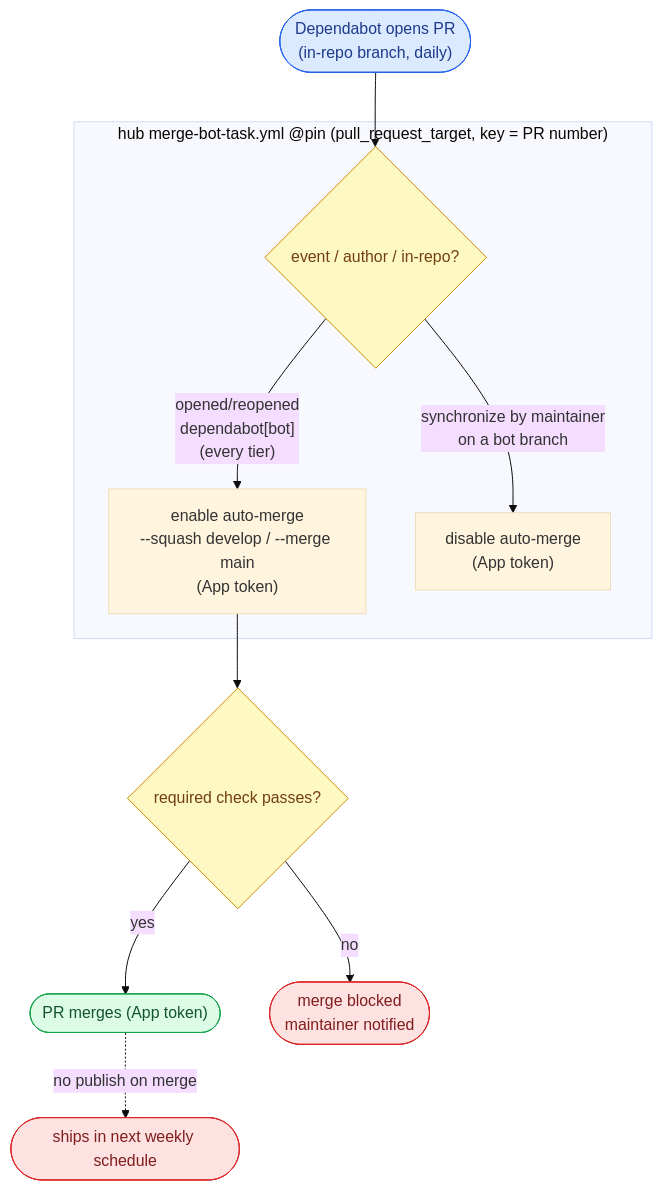
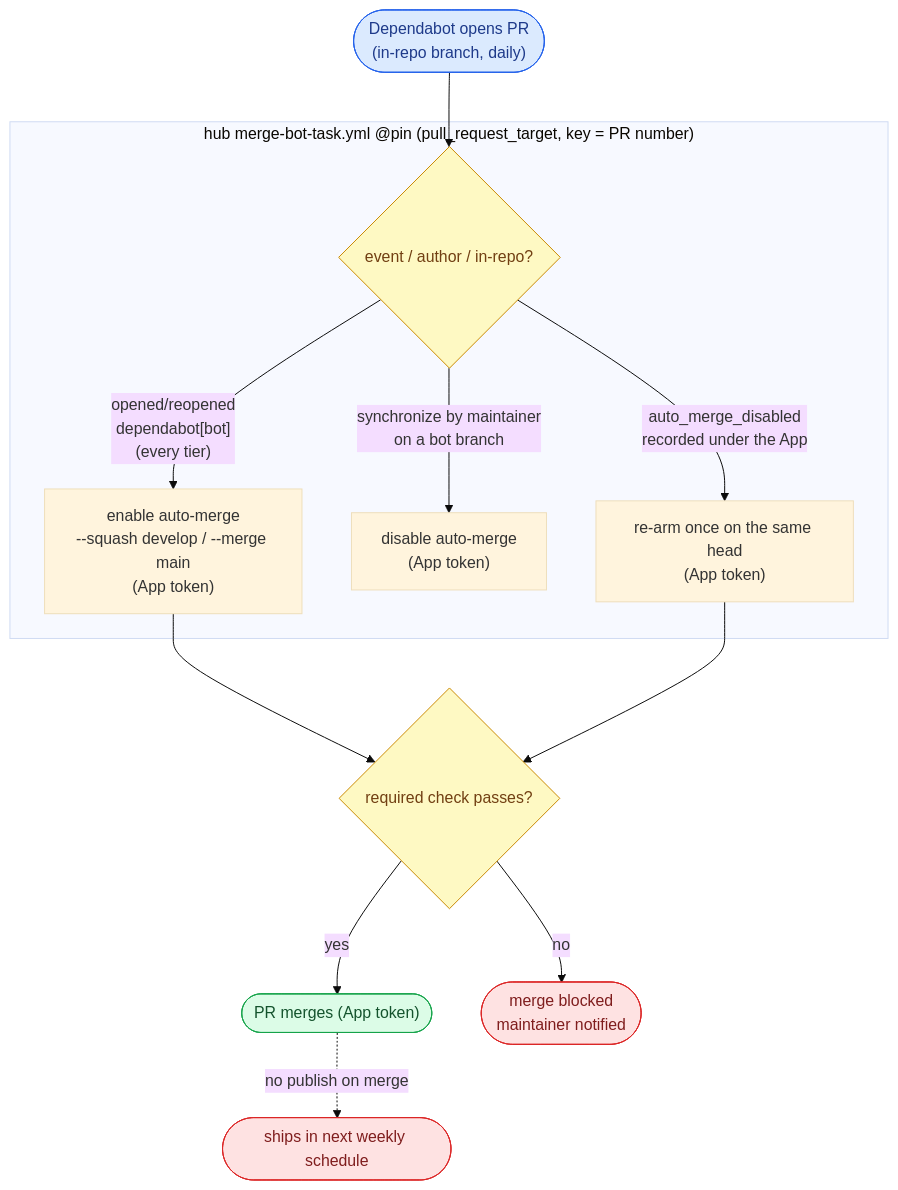
Before and after one commit to ptr727/PlexCleaner: the third of 3 diagrams in WORKFLOW.md, drawn with Mermaid (base theme). The commit also changed other lines of this file and 3 other files, not shown here.

First line of the commit message:
Re-Arm a Disabled Auto-Merge and Stop Persisting Checkout Credentials

````diff
--- a/WORKFLOW.md
+++ b/WORKFLOW.md
@@ -304,17 +307,19 @@
 ```mermaid
 flowchart TD
     DEP(["Dependabot opens PR<br/>(in-repo branch, daily)"]):::trig --> MB
     subgraph MBT ["hub merge-bot-task.yml @pin (pull_request_target, key = PR number)"]
         MB{"event / author / in-repo?"}:::gate
         MB -- "opened/reopened<br/>dependabot[bot]<br/>(every tier)" --> EN["enable auto-merge<br/>--squash develop / --merge main<br/>(App token)"]
         MB -- "synchronize by maintainer<br/>on a bot branch" --> DIS["disable auto-merge<br/>(App token)"]
+        MB -- "auto_merge_disabled<br/>recorded under the App" --> RE["re-arm once on the same head<br/>(App token)"]
     end
     EN --> CK{"required check passes?"}:::gate
+    RE --> CK
     CK -- "yes" --> MRG(["PR merges (App token)"]):::pub
     CK -- "no" --> BLK(["merge blocked<br/>maintainer notified"]):::stop
     MRG -. "no publish on merge" .-> NEXT(["ships in next weekly schedule"]):::stop
     classDef trig fill:#dbeafe,stroke:#2563eb,color:#1e3a8a
     classDef gate fill:#fef9c3,stroke:#ca8a04,color:#713f12
     classDef pub fill:#dcfce7,stroke:#16a34a,color:#14532d
     classDef stop fill:#fee2e2,stroke:#dc2626,color:#7f1d1d
 ```
````
